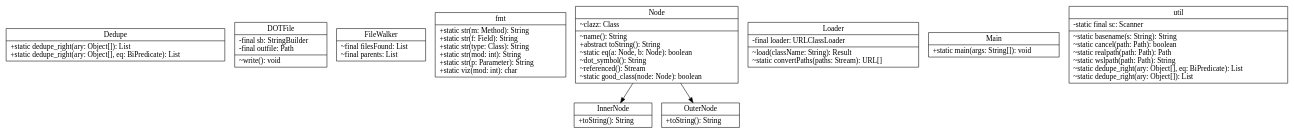
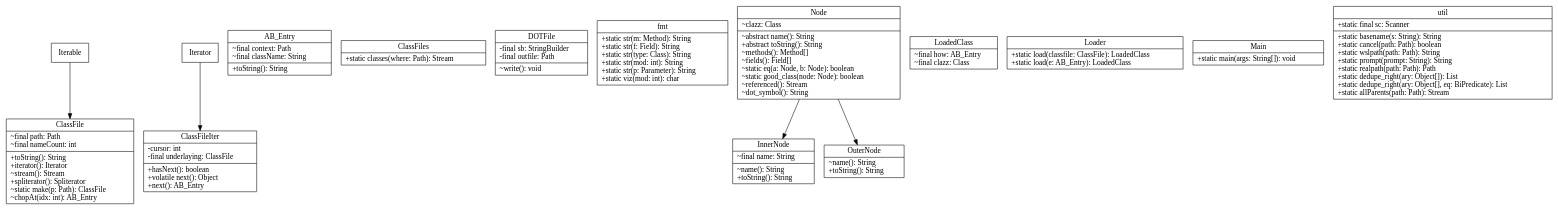
One commit to coalpha/uml-jenerate changed the diagram in UML.dot. Above: the diagram before and after it, drawn with Graphviz. The commit also changed 1 other file, not shown here.

```diff
--- a/UML.dot
+++ b/UML.dot
@@ -1,116 +1,171 @@
 digraph UML {
    node [
       fontname="Bitstream Vera Sans"
       fontsize=14
       shape=record
    ]
 
-   "Dedupe" [
+   "Iterable" [
+      label="{Iterable}"
+   ]
+
+   "Iterator" [
+      label="{Iterator}"
+   ]
+
+   "AB_Entry" [
       label="{
-         Dedupe
+         AB_Entry
          |
-         +static dedupe_right(ary: Object[]): List\l
-         +static dedupe_right(ary: Object[], eq: BiPredicate): List\l
+         ~final context: Path\l
+         ~final className: String\l
+         |
+         +toString(): String\l
+      }"
+   ]
+
+   "ClassFile" [
+      label="{
+         ClassFile
+         |
+         ~final path: Path\l
+         ~final nameCount: int\l
+         |
+         +toString(): String\l
+         +iterator(): Iterator\l
+         ~stream(): Stream\l
+         +spliterator(): Spliterator\l
+         ~static make(p: Path): ClassFile\l
+         ~chopAt(idx: int): AB_Entry\l
+      }"
+   ]
+
+   "ClassFileIter" [
+      label="{
+         ClassFileIter
+         |
+         -cursor: int\l
+         -final underlaying: ClassFile\l
+         |
+         +hasNext(): boolean\l
+         +volatile next(): Object\l
+         +next(): AB_Entry\l
+      }"
+   ]
+
+   "ClassFiles" [
+      label="{
+         ClassFiles
+         |
+         +static classes(where: Path): Stream\l
       }"
    ]
 
    "DOTFile" [
       label="{
          DOTFile
          |
          -final sb: StringBuilder\l
          -final outfile: Path\l
          |
          ~write(): void\l
-      }"
-   ]
-
-   "FileWalker" [
-      label="{
-         FileWalker
-         |
-         ~final filesFound: List\l
-         ~final parents: List\l
       }"
    ]
 
    "fmt" [
       label="{
          fmt
          |
          +static str(m: Method): String\l
          +static str(f: Field): String\l
          +static str(type: Class): String\l
          +static str(mod: int): String\l
          +static str(p: Parameter): String\l
          +static viz(mod: int): char\l
       }"
    ]
 
    "InnerNode" [
       label="{
          InnerNode
          |
+         ~final name: String\l
+         |
+         ~name(): String\l
          +toString(): String\l
+      }"
+   ]
+
+   "LoadedClass" [
+      label="{
+         LoadedClass
+         |
+         ~final how: AB_Entry\l
+         ~final clazz: Class\l
       }"
    ]
 
    "Loader" [
       label="{
          Loader
          |
-         -final loader: URLClassLoader\l
-         |
-         ~load(className: String): Result\l
-         ~static convertPaths(paths: Stream): URL[]\l
+         +static load(classfile: ClassFile): LoadedClass\l
+         +static load(e: AB_Entry): LoadedClass\l
       }"
    ]
 
    "Main" [
       label="{
          Main
          |
          +static main(args: String[]): void\l
       }"
    ]
 
    "Node" [
       label="{
          Node
          |
          ~clazz: Class\l
          |
-         ~name(): String\l
+         ~abstract name(): String\l
          +abstract toString(): String\l
+         ~methods(): Method[]\l
+         ~fields(): Field[]\l
          ~static eq(a: Node, b: Node): boolean\l
+         ~static good_class(node: Node): boolean\l
+         ~referenced(): Stream\l
          ~dot_symbol(): String\l
-         ~referenced(): Stream\l
-         ~static good_class(node: Node): boolean\l
       }"
    ]
 
    "OuterNode" [
       label="{
          OuterNode
          |
+         ~name(): String\l
          +toString(): String\l
       }"
    ]
 
    "util" [
       label="{
          util
          |
-         -static final sc: Scanner\l
+         +static final sc: Scanner\l
          |
-         ~static basename(s: String): String\l
-         ~static cancel(path: Path): boolean\l
-         ~static realpath(path: Path): Path\l
-         ~static wslpath(path: Path): String\l
-         ~static dedupe_right(ary: Object[], eq: BiPredicate): List\l
-         ~static dedupe_right(ary: Object[]): List\l
+         +static basename(s: String): String\l
+         +static cancel(path: Path): boolean\l
+         +static wslpath(path: Path): String\l
+         +static prompt(prompt: String): String\l
+         +static realpath(path: Path): Path\l
+         +static dedupe_right(ary: Object[]): List\l
+         +static dedupe_right(ary: Object[], eq: BiPredicate): List\l
+         +static allParents(path: Path): Stream\l
       }"
    ]
+   "Iterable" -> "ClassFile"
+   "Iterator" -> "ClassFileIter"
    "Node" -> "InnerNode"
    "Node" -> "OuterNode"
 }
```
